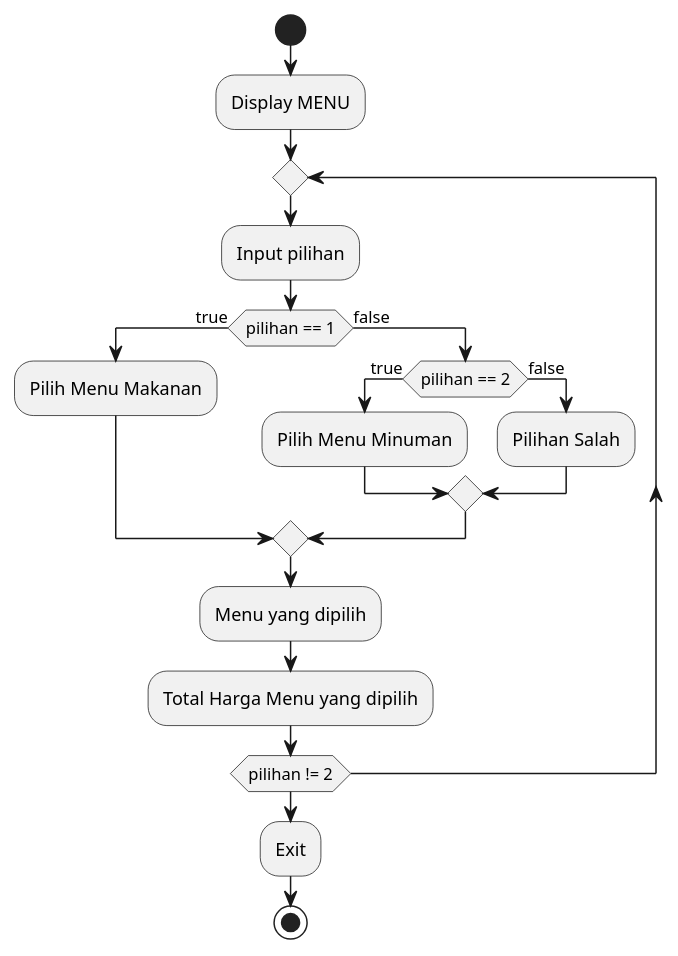
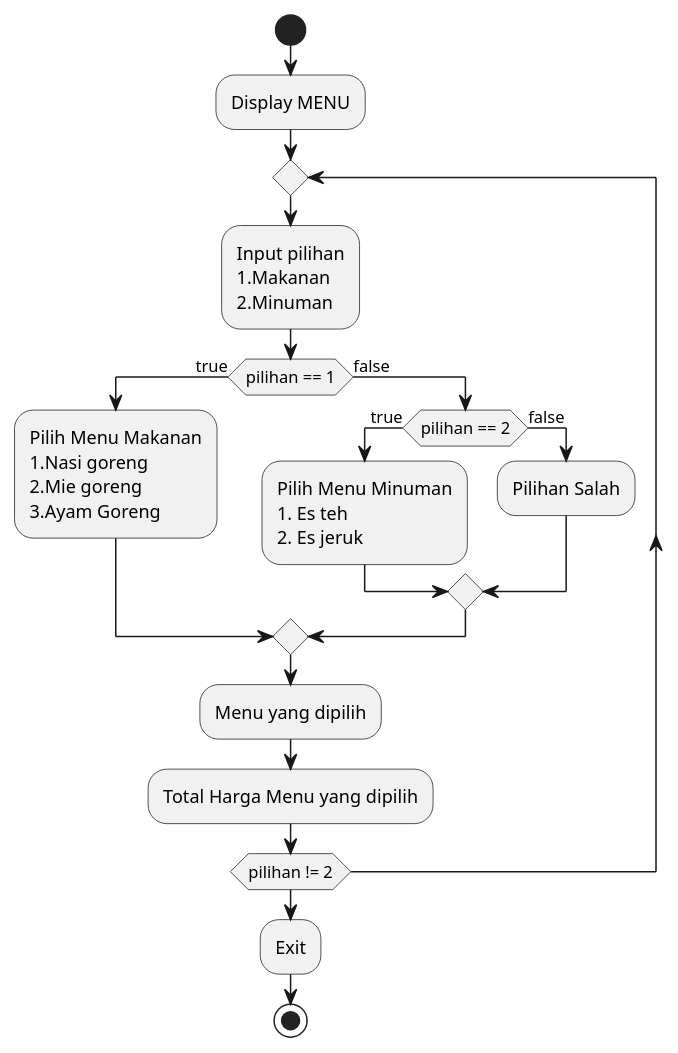
Before and after one commit to Rafkyy/bahasa_pemograman: the diagram in pert6/tugas1.puml, drawn with PlantUML.

Commit message:
perkuliahan

```diff
--- a/pert6/tugas1.puml
+++ b/pert6/tugas1.puml
@@ -1,22 +1,29 @@
 @startuml tugas1
 
 start
 :Display MENU;
 repeat
-  :Input pilihan;
+  :Input pilihan
+  1.Makanan
+  2.Minuman;
   if (pilihan == 1) then (true)
-    :Pilih Menu Makanan;
+    :Pilih Menu Makanan
+    1.Nasi goreng
+    2.Mie goreng
+    3.Ayam Goreng;
   else (false)
     if (pilihan == 2) then (true)
-    :Pilih Menu Minuman;
+    :Pilih Menu Minuman
+    1. Es teh
+    2. Es jeruk;
     else (false)
       :Pilihan Salah;
     endif
   endif
     :Menu yang dipilih;
     :Total Harga Menu yang dipilih;
 repeat while (pilihan != 2)
 :Exit;
 stop
 
 @enduml
```
